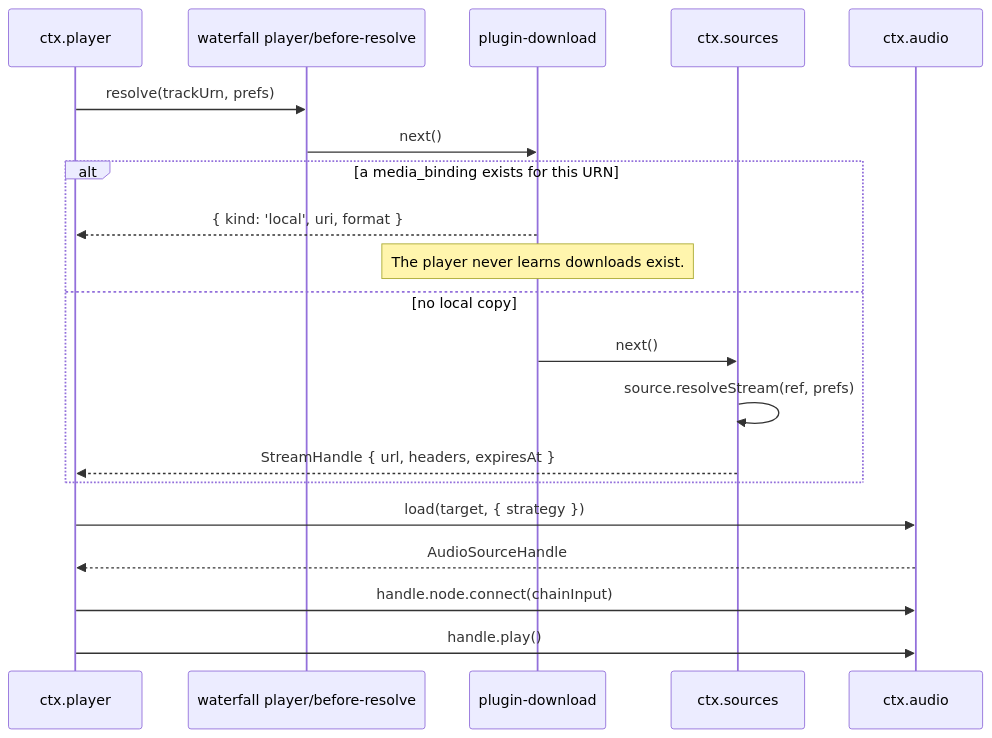
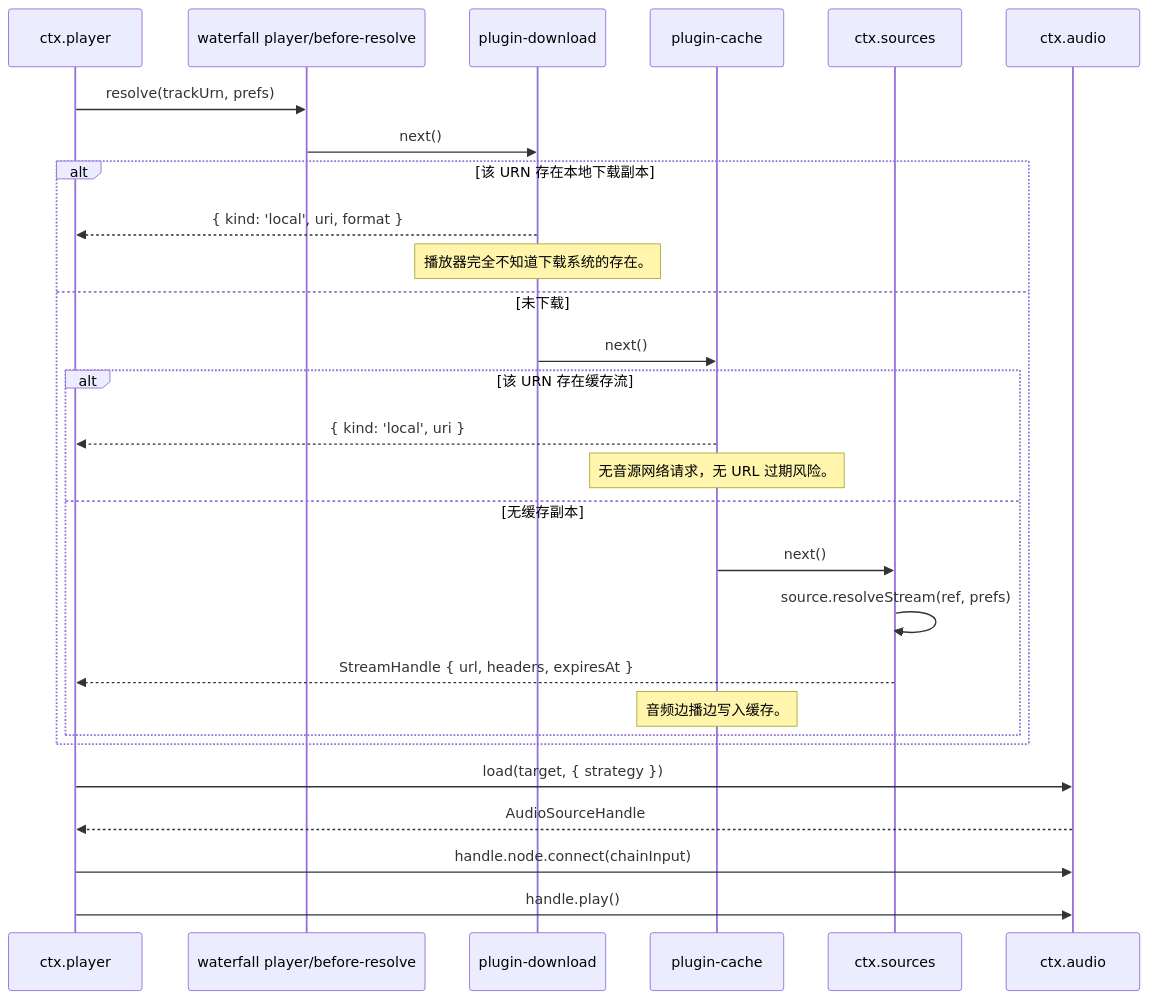
One commit to BBeBeeX/B_Be_Bee_X changed the second of 2 diagrams in docs-zh/audio/playback.md. Above: the diagram before and after it, drawn with Mermaid. The commit also changed other lines of this file and 55 other files, not shown here.

````diff
--- a/docs-zh/audio/playback.md
+++ b/docs-zh/audio/playback.md
@@ -109,23 +124,31 @@
 ```mermaid
 sequenceDiagram
     participant Q as ctx.player
     participant W as waterfall player/before-resolve
     participant DL as plugin-download
+    participant C as plugin-cache
     participant SRC as ctx.sources
     participant A as ctx.audio
 
     Q->>W: resolve(trackUrn, prefs)
     W->>DL: next()
-    alt a media_binding exists for this URN
+    alt 该 URN 存在本地下载副本
         DL-->>Q: { kind: 'local', uri, format }
-        Note over DL: The player never learns downloads exist.
-    else no local copy
-        DL->>SRC: next()
-        SRC->>SRC: source.resolveStream(ref, prefs)
-        SRC-->>Q: StreamHandle { url, headers, expiresAt }
+        Note over DL: 播放器完全不知道下载系统的存在。
+    else 未下载
+        DL->>C: next()
+        alt 该 URN 存在缓存流
+            C-->>Q: { kind: 'local', uri }
+            Note over C: 无音源网络请求，无 URL 过期风险。
+        else 无缓存副本
+            C->>SRC: next()
+            SRC->>SRC: source.resolveStream(ref, prefs)
+            SRC-->>Q: StreamHandle { url, headers, expiresAt }
+            Note over C: 音频边播边写入缓存。
+        end
     end
     Q->>A: load(target, { strategy })
     A-->>Q: AudioSourceHandle
     Q->>A: handle.node.connect(chainInput)
     Q->>A: handle.play()
 ```
````
